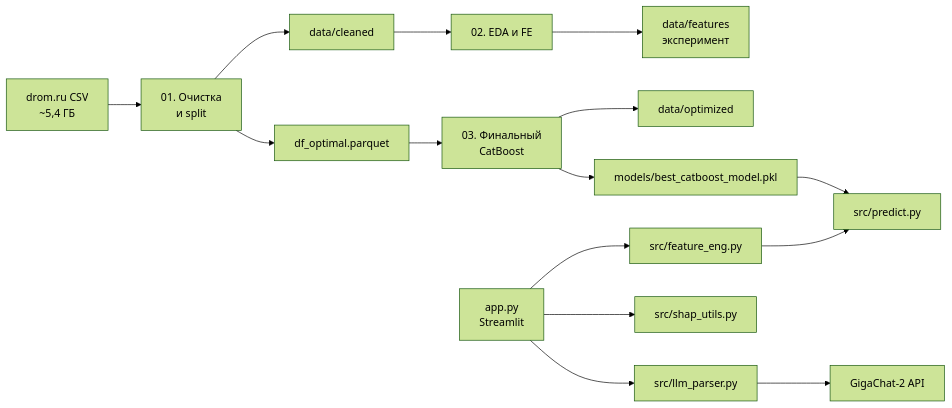
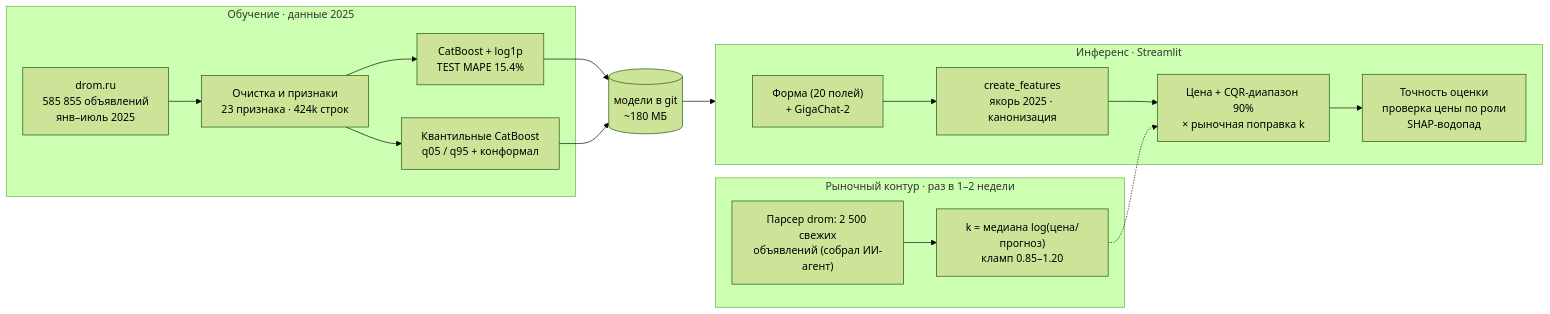
One commit to deviloon/car-price-analyzer changed the diagram in README.md. Above: the diagram before and after it, drawn with Mermaid (forest theme). The commit also changed other lines of this file and 11 other files, not shown here.

````diff
--- a/README.md
+++ b/README.md
@@ -64,17 +78,19 @@
 ```mermaid
 flowchart LR
-    A["drom.ru CSV<br/>~5,4 ГБ"] --> B["01. Очистка<br/>и split"]
-    B --> C["df_optimal.parquet"]
-    B --> D["data/cleaned"]
-    D --> E["02. EDA и FE"]
-    E --> F["data/features<br/>эксперимент"]
-    C --> G["03. Финальный<br/>CatBoost"]
-    G --> H["data/optimized"]
-    G --> I["models/best_catboost_model.pkl"]
-    I --> J["src/predict.py"]
-    K["app.py<br/>Streamlit"] --> FE["src/feature_eng.py"]
-    FE --> J
-    K --> L["src/shap_utils.py"]
-    K --> M["src/llm_parser.py"]
-    M --> N["GigaChat-2 API"]
+    subgraph DATA["Обучение · данные 2025"]
+        D1["drom.ru<br/>585 855 объявлений<br/>янв–июль 2025"] --> D2["Очистка и признаки<br/>23 признака · 424k строк"]
+        D2 --> M1["CatBoost + log1p<br/>TEST MAPE 15.4%"]
+        D2 --> M2["Квантильные CatBoost<br/>q05 / q95 + конформал"]
+    end
+    M1 --> P[("модели в git<br/>~180 МБ")]
+    M2 --> P
+    P --> APP
+    subgraph APP["Инференс · Streamlit"]
+        U["Форма (20 полей)<br/>+ GigaChat-2"] --> F["create_features<br/>якорь 2025 · канонизация"] --> PR["Цена + CQR-диапазон 90%<br/>× рыночная поправка k"]
+        PR --> OUT["Точность оценки<br/>проверка цены по роли<br/>SHAP-водопад"]
+    end
+    subgraph MKT["Рыночный контур · раз в 1–2 недели"]
+        K1["Парсер drom: 2 500 свежих<br/>объявлений (собрал ИИ-агент)"] --> K2["k = медиана log(цена/прогноз)<br/>кламп 0.85–1.20"]
+    end
+    K2 -.-> PR
 ```
````
